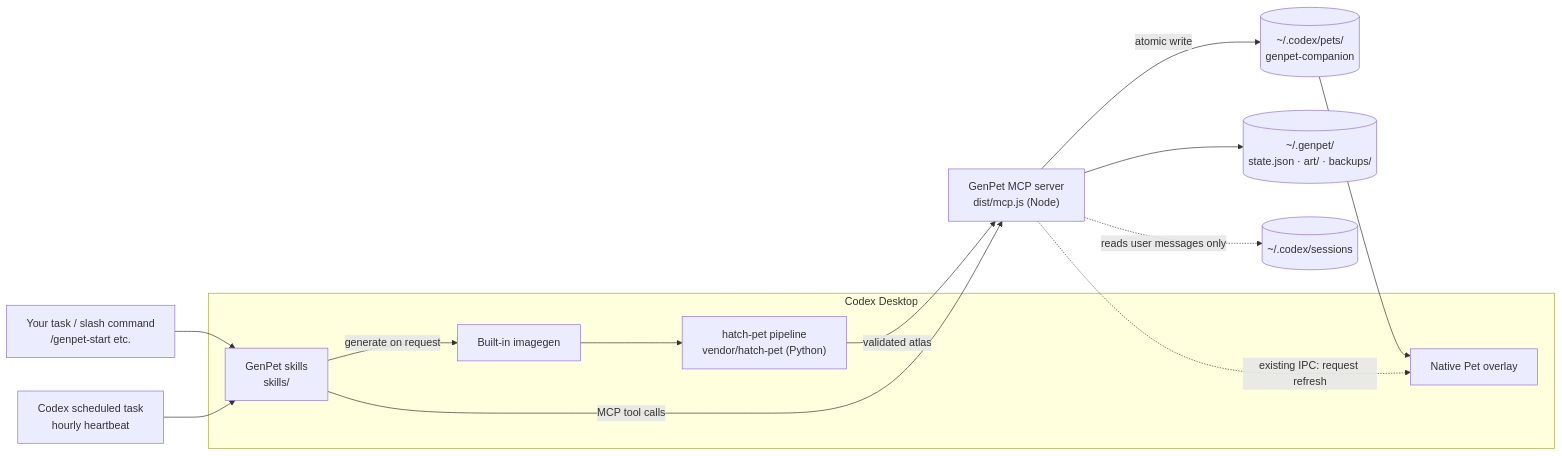
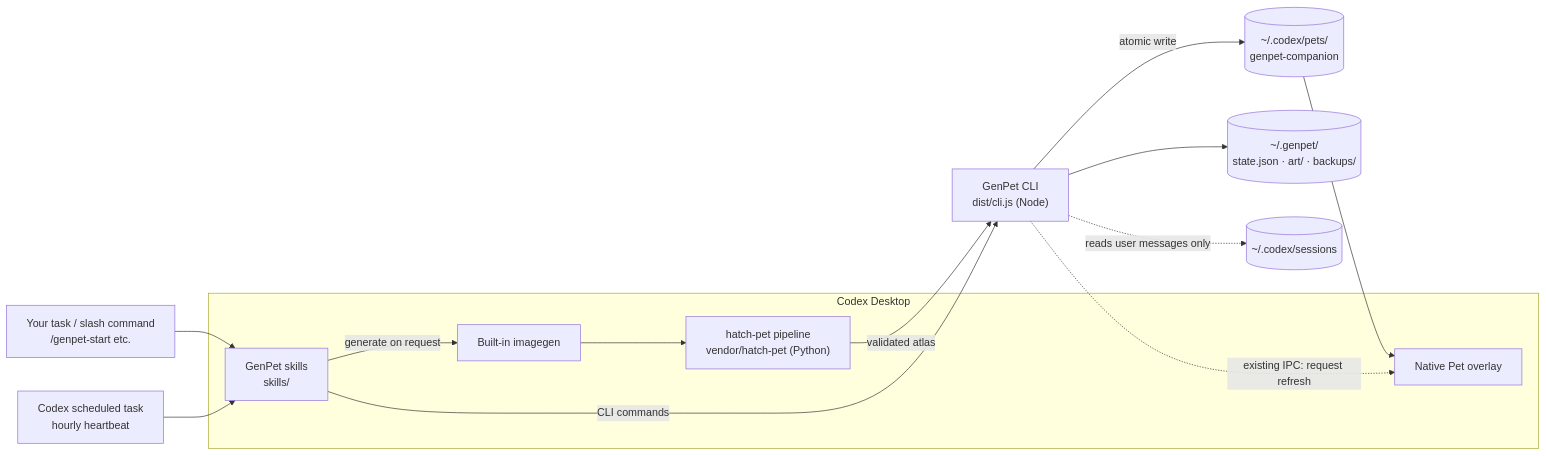
Before and after one commit to yate-ge/GenPet: the diagram in README.md, drawn with Mermaid. The commit also changed other lines of this file and 107 other files, not shown here.

````diff
--- a/README.md
+++ b/README.md
@@ -73,19 +74,19 @@
 ```mermaid
 flowchart LR
   U["Your task / slash command<br>/genpet-start etc."] --> S
   H["Codex scheduled task<br>hourly heartbeat"] --> S
   subgraph CX["Codex Desktop"]
     S["GenPet skills<br>skills/"]
     IG["Built-in imagegen"]
     HP["hatch-pet pipeline<br>vendor/hatch-pet (Python)"]
     PW["Native Pet overlay"]
   end
   S -- "generate on request" --> IG --> HP
-  HP -- "validated atlas" --> M
-  S -- "MCP tool calls" --> M["GenPet MCP server<br>dist/mcp.js (Node)"]
-  M --> ST[("~/.genpet/<br>state.json · art/ · backups/")]
-  M -. "reads user messages only" .-> SE[("~/.codex/sessions")]
-  M -- "atomic write" --> PET[("~/.codex/pets/<br>genpet-companion")]
+  HP -- "validated atlas" --> C
+  S -- "CLI commands" --> C["GenPet CLI<br>dist/cli.js (Node)"]
+  C --> ST[("~/.genpet/<br>state.json · art/ · backups/")]
+  C -. "reads user messages only" .-> SE[("~/.codex/sessions")]
+  C -- "atomic write" --> PET[("~/.codex/pets/<br>genpet-companion")]
   PET --> PW
-  M -. "existing IPC: request refresh" .-> PW
+  C -. "existing IPC: request refresh" .-> PW
 ```
````
